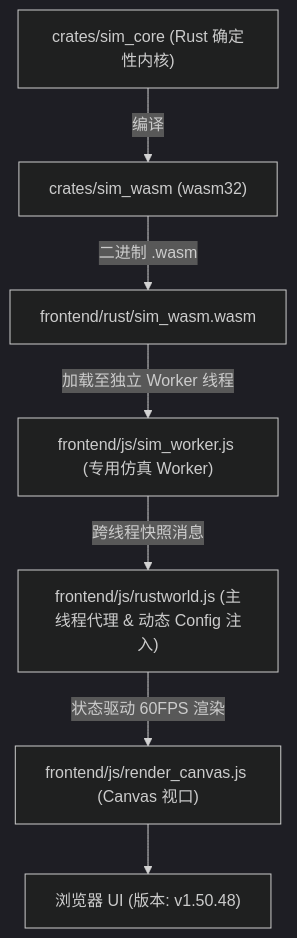
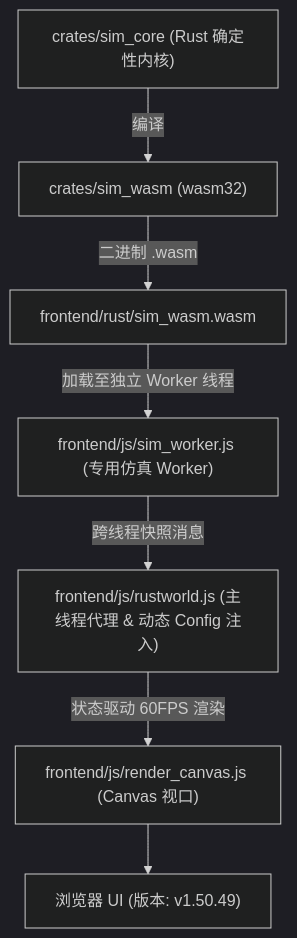
One commit to g39088902/FlowAndAccord changed the diagram in AGENTS.md. Above: the diagram before and after it, drawn with Mermaid (dark theme). The commit also changed other lines of this file and 18 other files, not shown here.

````diff
--- a/AGENTS.md
+++ b/AGENTS.md
@@ -61,10 +61,10 @@
 ```mermaid
 graph TD
     A["crates/sim_core (Rust 确定性内核)"] -->|编译| B["crates/sim_wasm (wasm32)"]
     B -->|二进制 .wasm| C["frontend/rust/sim_wasm.wasm"]
     C -->|加载至独立 Worker 线程| D["frontend/js/sim_worker.js (专用仿真 Worker)"]
     D -->|跨线程快照消息| E["frontend/js/rustworld.js (主线程代理 & 动态 Config 注入)"]
     E -->|状态驱动 60FPS 渲染| F["frontend/js/render_canvas.js (Canvas 视口)"]
-    F --> G["浏览器 UI (版本: v1.50.48)"]
+    F --> G["浏览器 UI (版本: v1.50.49)"]
 
 ```
````
